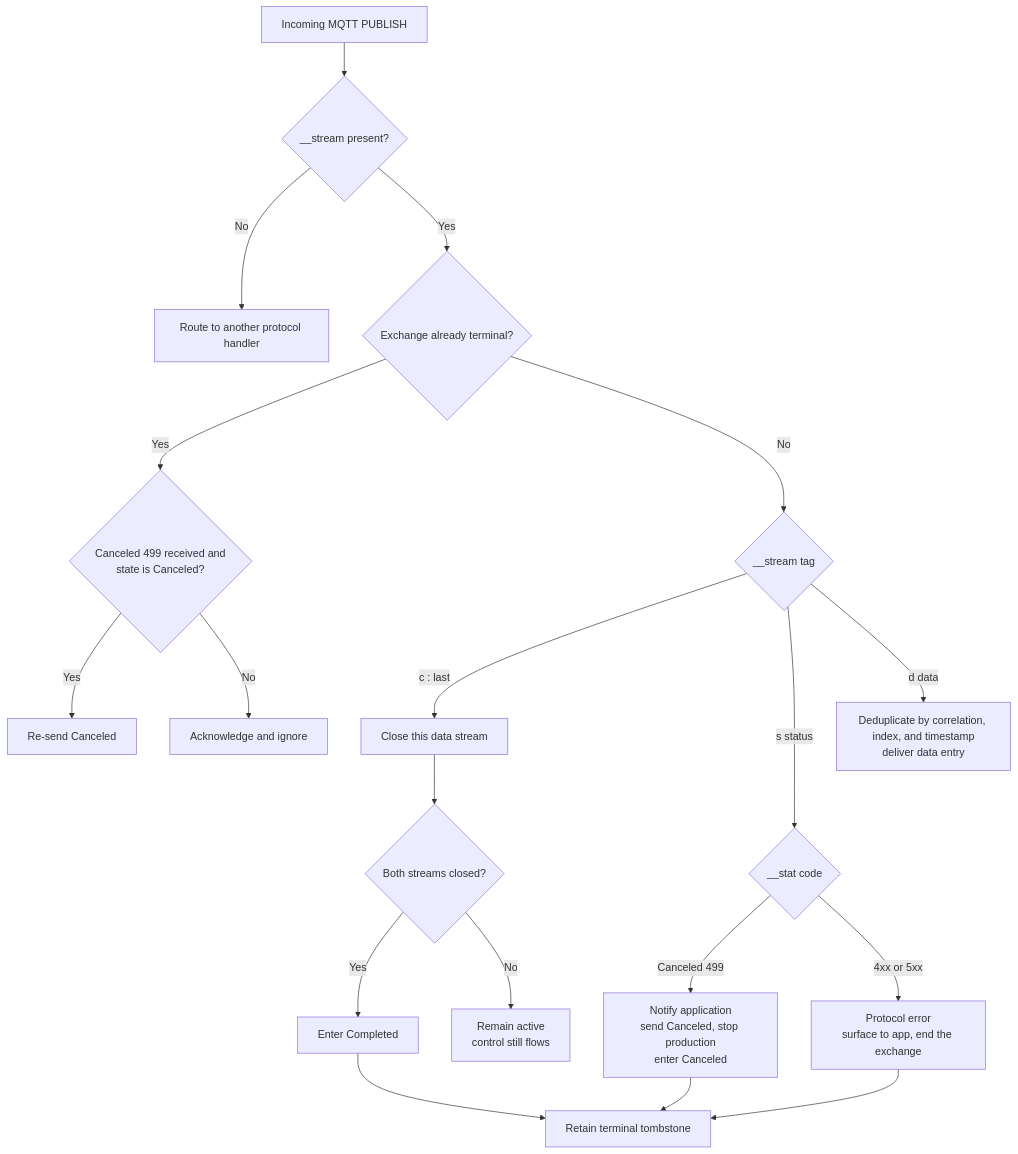
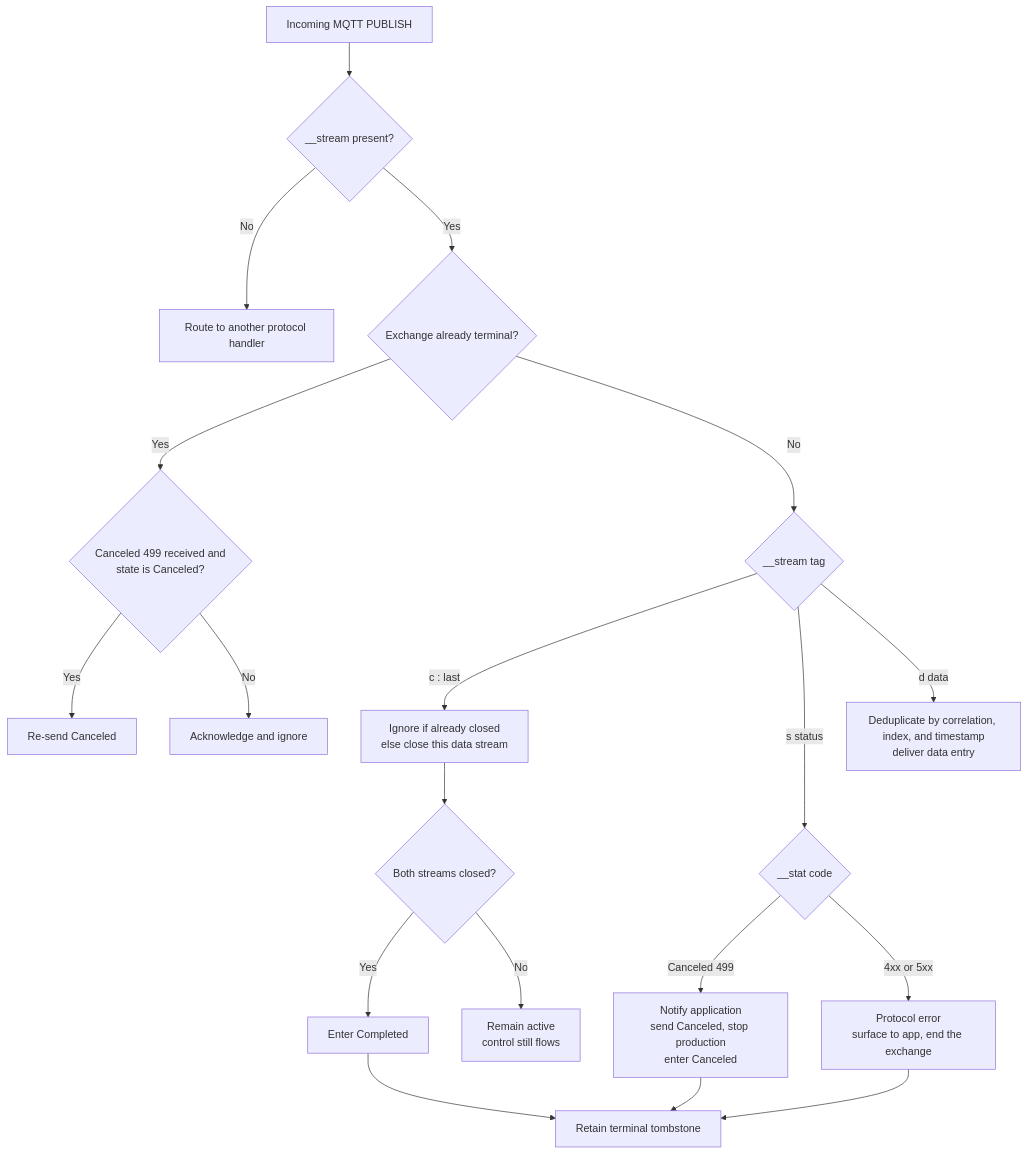
The ninth of 10 diagrams in doc/dev/adr/0025-rpc-streaming-lifecycle-diagrams.md (Azure/iot-operations-sdks), drawn with Mermaid before and after one commit. The commit also changed other lines of this file and 3 other files, not shown here.

````diff
--- a/doc/dev/adr/0025-rpc-streaming-lifecycle-diagrams.md
+++ b/doc/dev/adr/0025-rpc-streaming-lifecycle-diagrams.md
@@ -357,21 +360,21 @@
 ```mermaid
 flowchart TD
     P["Incoming MQTT PUBLISH"] --> S{"__stream present?"}
     S -- "No" --> O["Route to another protocol handler"]
     S -- "Yes" --> T{"Exchange already terminal?"}
     T -- "Yes" --> RC{"Canceled 499 received and<br/>state is Canceled?"}
     RC -- "Yes" --> RA["Re-send Canceled"]
     RC -- "No" --> AI["Acknowledge and ignore"]
     T -- "No" --> TAG{"__stream tag"}
-    TAG -- "c : last" --> HC["Close this data stream"]
+    TAG -- "c : last" --> HC["Ignore if already closed<br/>else close this data stream"]
     HC --> BC{"Both streams closed?"}
     BC -- "Yes" --> CO["Enter Completed"]
     BC -- "No" --> AC["Remain active<br/>control still flows"]
     TAG -- "s status" --> ST{"__stat code"}
     ST -- "Canceled 499" --> CAN["Notify application<br/>send Canceled, stop production<br/>enter Canceled"]
     ST -- "4xx or 5xx" --> PE["Protocol error<br/>surface to app, end the exchange"]
     TAG -- "d data" --> D["Deduplicate by correlation, index, and timestamp<br/>deliver data entry"]
     CAN --> TS["Retain terminal tombstone"]
     CO --> TS
     PE --> TS
 ```
````
